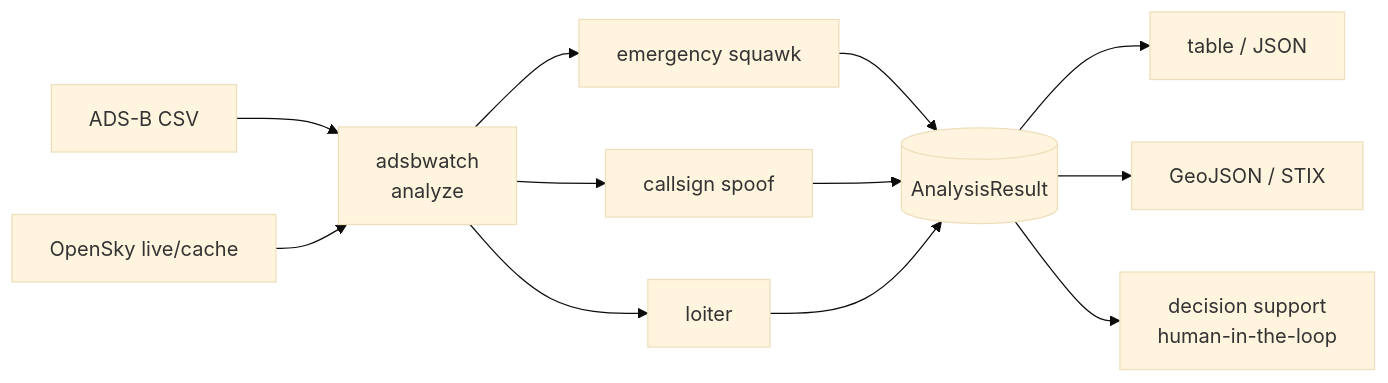
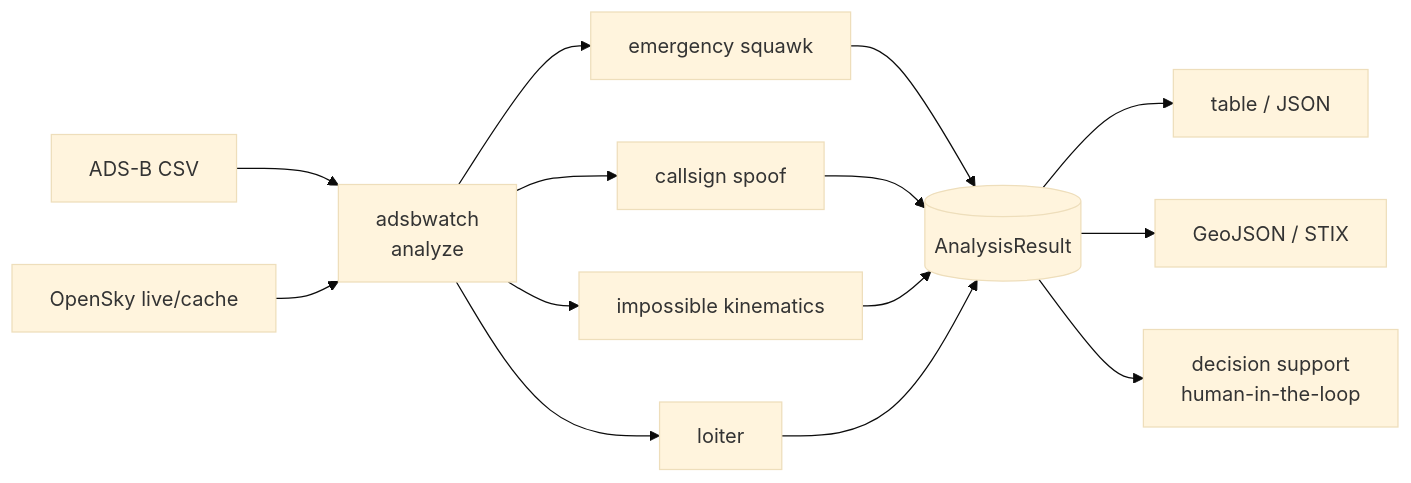
Before and after one commit to cognis-digital/adsbwatch: the diagram in README.md, drawn with Mermaid (base theme). The commit also changed other lines of this file and 30 other files, not shown here.

````diff
--- a/README.md
+++ b/README.md
@@ -244,14 +246,16 @@
 ```mermaid
 flowchart LR
   csv[ADS-B CSV] --> P[adsbwatch<br/>analyze]
   osk[OpenSky live/cache] --> P
   P --> emerg[emergency squawk]
   P --> spoof[callsign spoof]
+  P --> kin[impossible kinematics]
   P --> loiter[loiter]
   emerg --> R[(AnalysisResult)]
   spoof --> R
+  kin --> R
   loiter --> R
   R --> OUT[table / JSON]
   R --> intel[GeoJSON / STIX]
   R --> decide[decision support<br/>human-in-the-loop]
 ```
````
